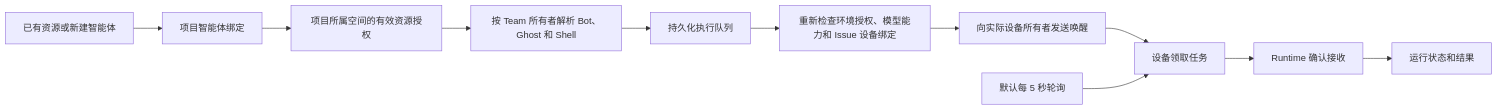
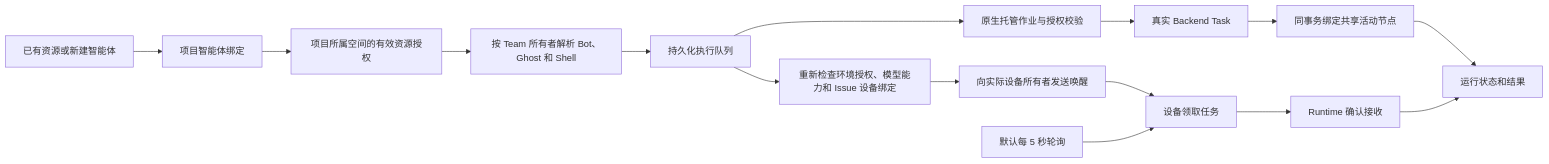
The diagram in i18n/zh/docusaurus-plugin-content-docs/current/wegent/developer-guide/wework-collaboration-execution.md (wecode-ai/wegent-docs), drawn with Mermaid before and after one commit. The commit also changed other lines of this file and 17 other files, not shown here.

````diff
--- a/i18n/zh/docusaurus-plugin-content-docs/current/wegent/developer-guide/wework-collaboration-execution.md
+++ b/i18n/zh/docusaurus-plugin-content-docs/current/wegent/developer-guide/wework-collaboration-execution.md
@@ -10,13 +10,17 @@
 ```mermaid
 flowchart LR
   Selection[已有资源或新建智能体] --> Binding[项目智能体绑定]
   Binding --> Access[项目所属空间的有效资源授权]
   Access --> Compile[按 Team 所有者解析 Bot、Ghost 和 Shell]
   Compile --> Queue[持久化执行队列]
+  Queue --> Managed[原生托管作业与授权校验]
+  Managed --> Task[真实 Backend Task]
+  Task --> Activity[同事务绑定共享活动节点]
+  Activity --> Status
   Queue --> Routing[重新检查环境授权、模型能力和 Issue 设备绑定]
   Routing --> Wake[向实际设备所有者发送唤醒]
   Wake --> Pull[设备领取任务]
   Poll[默认每 5 秒轮询] --> Pull
   Pull --> Accept[Runtime 确认接收]
   Accept --> Status[运行状态和结果]
 ```
````
